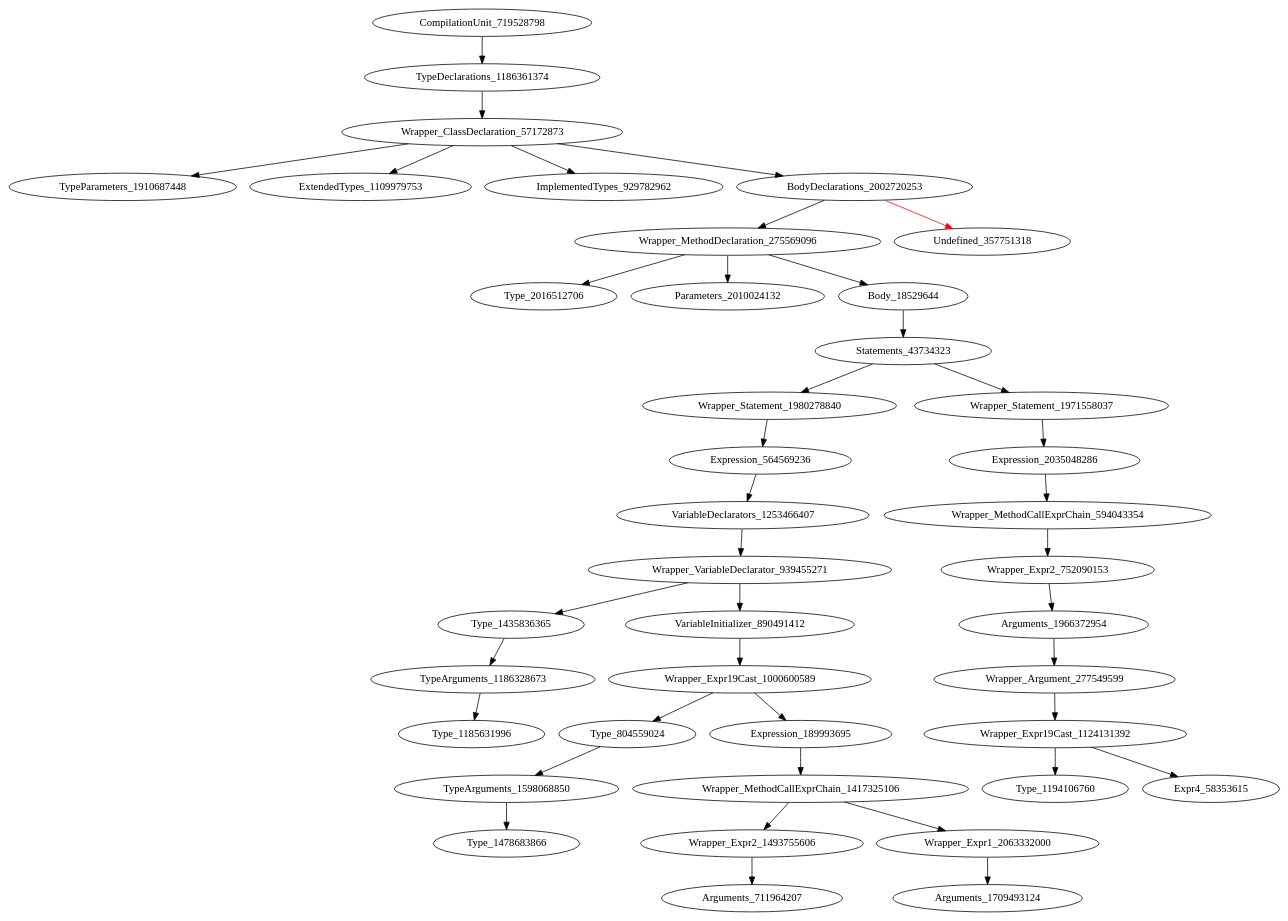
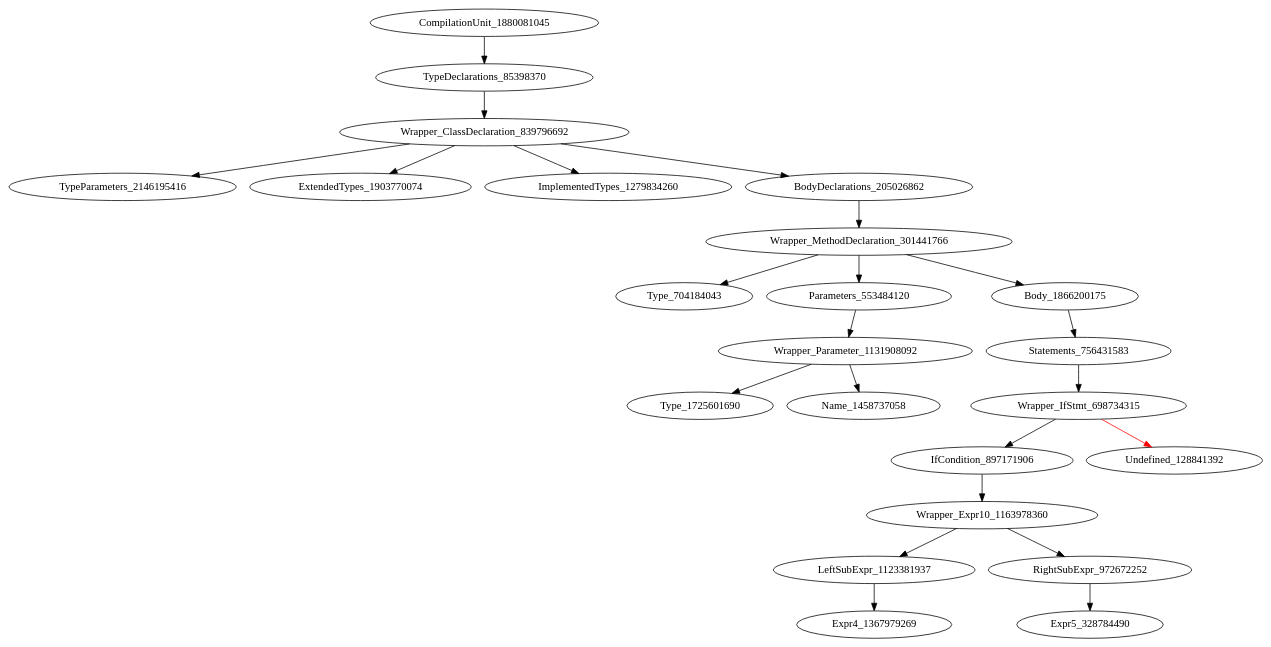
One commit to icse2023material/VoiceJava changed the diagram in holeAST.dot. Above: the diagram before and after it, drawn with Graphviz. The commit also changed 4 other files, not shown here.

```diff
--- a/holeAST.dot
+++ b/holeAST.dot
@@ -1,41 +1,24 @@
 digraph {
-CompilationUnit_719528798 -> TypeDeclarations_1186361374
-TypeDeclarations_1186361374 -> Wrapper_ClassDeclaration_57172873
-Wrapper_ClassDeclaration_57172873 -> TypeParameters_1910687448
-Wrapper_ClassDeclaration_57172873 -> ExtendedTypes_1109979753
-Wrapper_ClassDeclaration_57172873 -> ImplementedTypes_929782962
-Wrapper_ClassDeclaration_57172873 -> BodyDeclarations_2002720253
-BodyDeclarations_2002720253 -> Wrapper_MethodDeclaration_275569096
-BodyDeclarations_2002720253 -> Undefined_357751318 [color = red] 
-Wrapper_MethodDeclaration_275569096 -> Type_2016512706
-Wrapper_MethodDeclaration_275569096 -> Parameters_2010024132
-Wrapper_MethodDeclaration_275569096 -> Body_18529644
-Body_18529644 -> Statements_43734323
-Statements_43734323 -> Wrapper_Statement_1980278840
-Statements_43734323 -> Wrapper_Statement_1971558037
-Wrapper_Statement_1980278840 -> Expression_564569236
-Wrapper_Statement_1971558037 -> Expression_2035048286
-Expression_564569236 -> VariableDeclarators_1253466407
-Expression_2035048286 -> Wrapper_MethodCallExprChain_594043354
-VariableDeclarators_1253466407 -> Wrapper_VariableDeclarator_939455271
-Wrapper_MethodCallExprChain_594043354 -> Wrapper_Expr2_752090153
-Wrapper_VariableDeclarator_939455271 -> Type_1435836365
-Wrapper_VariableDeclarator_939455271 -> VariableInitializer_890491412
-Wrapper_Expr2_752090153 -> Arguments_1966372954
-Type_1435836365 -> TypeArguments_1186328673
-VariableInitializer_890491412 -> Wrapper_Expr19Cast_1000600589
-Arguments_1966372954 -> Wrapper_Argument_277549599
-TypeArguments_1186328673 -> Type_1185631996
-Wrapper_Expr19Cast_1000600589 -> Type_804559024
-Wrapper_Expr19Cast_1000600589 -> Expression_189993695
-Wrapper_Argument_277549599 -> Wrapper_Expr19Cast_1124131392
-Type_804559024 -> TypeArguments_1598068850
-Expression_189993695 -> Wrapper_MethodCallExprChain_1417325106
-Wrapper_Expr19Cast_1124131392 -> Type_1194106760
-Wrapper_Expr19Cast_1124131392 -> Expr4_58353615
-TypeArguments_1598068850 -> Type_1478683866
-Wrapper_MethodCallExprChain_1417325106 -> Wrapper_Expr2_1493755606
-Wrapper_MethodCallExprChain_1417325106 -> Wrapper_Expr1_2063332000
-Wrapper_Expr2_1493755606 -> Arguments_711964207
-Wrapper_Expr1_2063332000 -> Arguments_1709493124
+CompilationUnit_1880081045 -> TypeDeclarations_85398370
+TypeDeclarations_85398370 -> Wrapper_ClassDeclaration_839796692
+Wrapper_ClassDeclaration_839796692 -> TypeParameters_2146195416
+Wrapper_ClassDeclaration_839796692 -> ExtendedTypes_1903770074
+Wrapper_ClassDeclaration_839796692 -> ImplementedTypes_1279834260
+Wrapper_ClassDeclaration_839796692 -> BodyDeclarations_205026862
+BodyDeclarations_205026862 -> Wrapper_MethodDeclaration_301441766
+Wrapper_MethodDeclaration_301441766 -> Type_704184043
+Wrapper_MethodDeclaration_301441766 -> Parameters_553484120
+Wrapper_MethodDeclaration_301441766 -> Body_1866200175
+Parameters_553484120 -> Wrapper_Parameter_1131908092
+Body_1866200175 -> Statements_756431583
+Wrapper_Parameter_1131908092 -> Type_1725601690
+Wrapper_Parameter_1131908092 -> Name_1458737058
+Statements_756431583 -> Wrapper_IfStmt_698734315
+Wrapper_IfStmt_698734315 -> IfCondition_897171906
+Wrapper_IfStmt_698734315 -> Undefined_128841392 [color = red] 
+IfCondition_897171906 -> Wrapper_Expr10_1163978360
+Wrapper_Expr10_1163978360 -> LeftSubExpr_1123381937
+Wrapper_Expr10_1163978360 -> RightSubExpr_972672252
+LeftSubExpr_1123381937 -> Expr4_1367979269
+RightSubExpr_972672252 -> Expr5_328784490
 }
```
